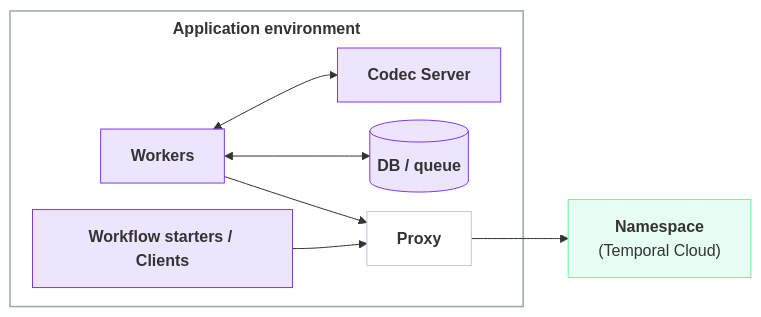
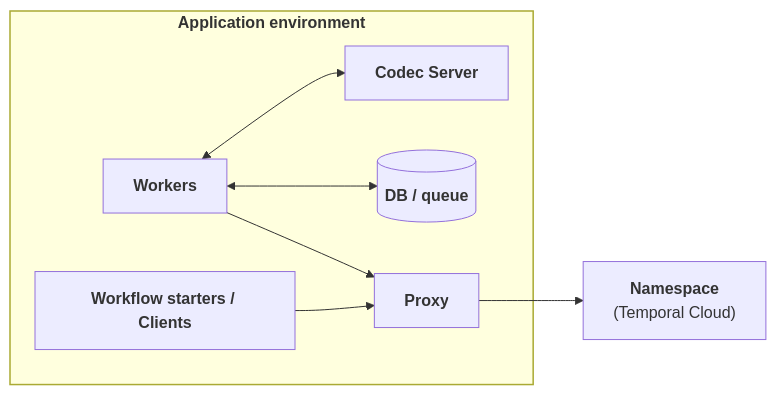
One commit to temporalio/documentation changed the first of 15 diagrams in docs/cloud/high-availability/architecture-patterns.mdx. Above: the diagram before and after it, drawn with Mermaid. The commit also changed other lines of this file and 15 other files, not shown here.

First line of the commit message:
Refactor Mermaid diagrams for improved clarity and consistency across documentation

````diff
--- a/docs/cloud/high-availability/architecture-patterns.mdx
+++ b/docs/cloud/high-availability/architecture-patterns.mdx
@@ -54,22 +44,21 @@
 ```mermaid
-%%{init: {'themeVariables':{'fontFamily':'Inter, ui-sans-serif, system-ui, sans-serif','edgeLabelBackground':'transparent'},'flowchart':{'nodeSpacing':18,'rankSpacing':45,'curve':'basis','subGraphTitleMargin':{'top':6,'bottom':12}}}}%%
 flowchart LR
-    classDef app fill:#7C3AED22,stroke:#7C3AED,stroke-width:1px;
-    classDef ns fill:#59FDA024,stroke:#59FDA0,stroke-width:1px;
-    classDef endpoint fill:transparent,stroke:#c2c8d2,stroke-width:1px;
-    classDef env fill:transparent,stroke:#9aa4b2,stroke-width:1.5px;
+    classDef app stroke-width:1px;
+    classDef ns stroke-width:1px;
+    classDef endpoint stroke-width:1px;
+    classDef env stroke-width:1.5px;
     subgraph WFENV["<b>Application environment</b>"]
       WFW["<b>Workers</b>"]:::app
       WFCL["<b>Workflow starters / Clients</b>"]:::app
       WFCODEC["<b>Codec Server</b>"]:::app
       WFDB[("<b>DB / queue</b>")]:::app
       WFPROXY["<b>Proxy</b>"]:::endpoint
     end
     WFNS["<b>Namespace</b><br/>(Temporal Cloud)"]:::ns
     WFW <--> WFCODEC
     WFW <--> WFDB
     WFW --> WFPROXY
     WFCL --> WFPROXY
     WFPROXY --> WFNS
     class WFENV env
 ```
````
